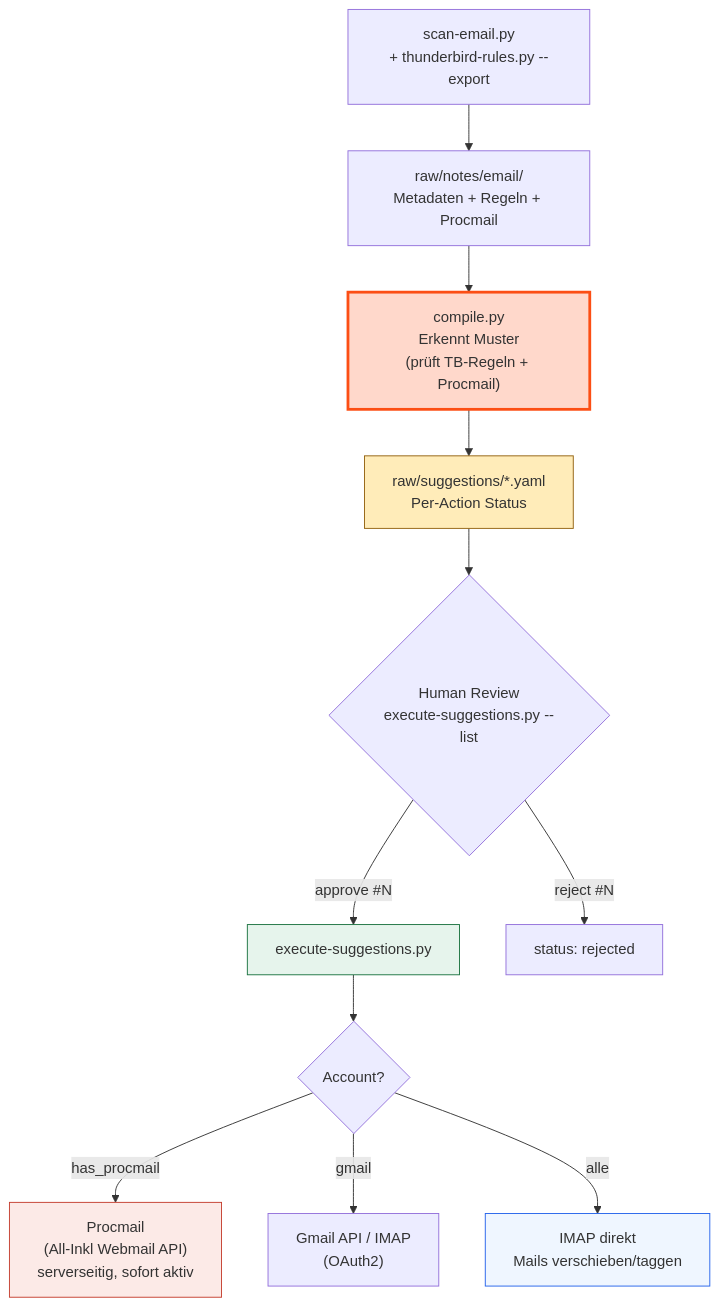
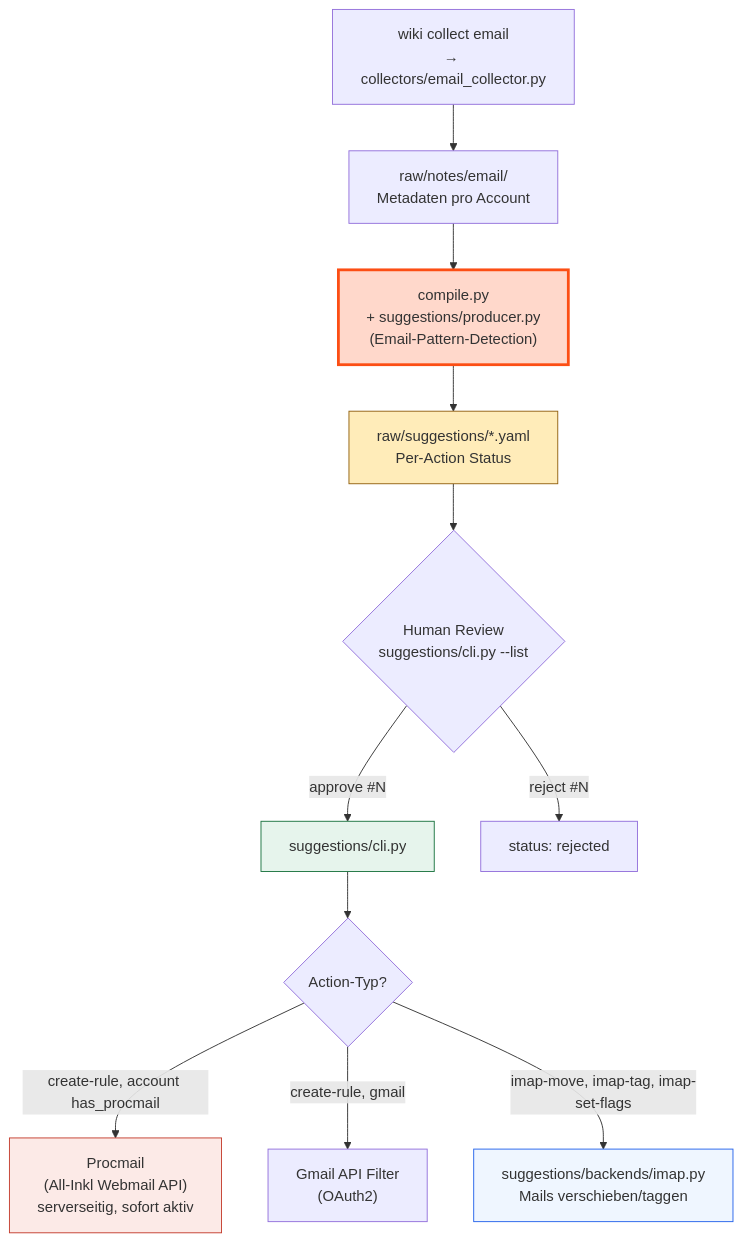
The seventh of 11 diagrams in docs/PROCESS.md (lx-0/llm-wiki), drawn with Mermaid before and after one commit. The commit also changed other lines of this file and 1 other file, not shown here.

````diff
--- a/docs/PROCESS.md
+++ b/docs/PROCESS.md
@@ -599,20 +602,20 @@
 ```mermaid
 flowchart TD
-    SCAN["scan-email.py\n+ thunderbird-rules.py --export"]
-    SCAN --> RAW["raw/notes/email/\nMetadaten + Regeln + Procmail"]
-    RAW --> COMPILE["compile.py\nErkennt Muster\n(prüft TB-Regeln + Procmail)"]
+    SCAN["wiki collect email\n→ collectors/email_collector.py"]
+    SCAN --> RAW["raw/notes/email/\nMetadaten pro Account"]
+    RAW --> COMPILE["compile.py\n+ suggestions/producer.py\n(Email-Pattern-Detection)"]
     COMPILE --> SUGGEST["raw/suggestions/*.yaml\nPer-Action Status"]
-    SUGGEST --> REVIEW{"Human Review\nexecute-suggestions.py --list"}
-    REVIEW -->|approve #N| EXEC["execute-suggestions.py"]
+    SUGGEST --> REVIEW{"Human Review\nsuggestions/cli.py --list"}
+    REVIEW -->|approve #N| EXEC["suggestions/cli.py"]
     REVIEW -->|reject #N| SKIP["status: rejected"]
-    EXEC --> ROUTE{"Account?"}
-    ROUTE -->|has_procmail| PROCMAIL["Procmail\n(All-Inkl Webmail API)\nserverseitig, sofort aktiv"]
-    ROUTE -->|gmail| GMAIL["Gmail API / IMAP\n(OAuth2)"]
-    ROUTE -->|alle| IMAP["IMAP direkt\nMails verschieben/taggen"]
+    EXEC --> ROUTE{"Action-Typ?"}
+    ROUTE -->|create-rule, account has_procmail| PROCMAIL["Procmail\n(All-Inkl Webmail API)\nserverseitig, sofort aktiv"]
+    ROUTE -->|create-rule, gmail| GMAIL["Gmail API Filter\n(OAuth2)"]
+    ROUTE -->|imap-move, imap-tag, imap-set-flags| IMAP["suggestions/backends/imap.py\nMails verschieben/taggen"]
 
     style COMPILE fill:#FFD8CB,stroke:#FC4E14,stroke-width:3px
     style SUGGEST fill:#FFECB9,stroke:#92610F
     style EXEC fill:#E6F4EC,stroke:#1B7340
     style PROCMAIL fill:#FCEAE7,stroke:#C43D2E
     style IMAP fill:#EFF6FF,stroke:#2563EB
 ```
````
